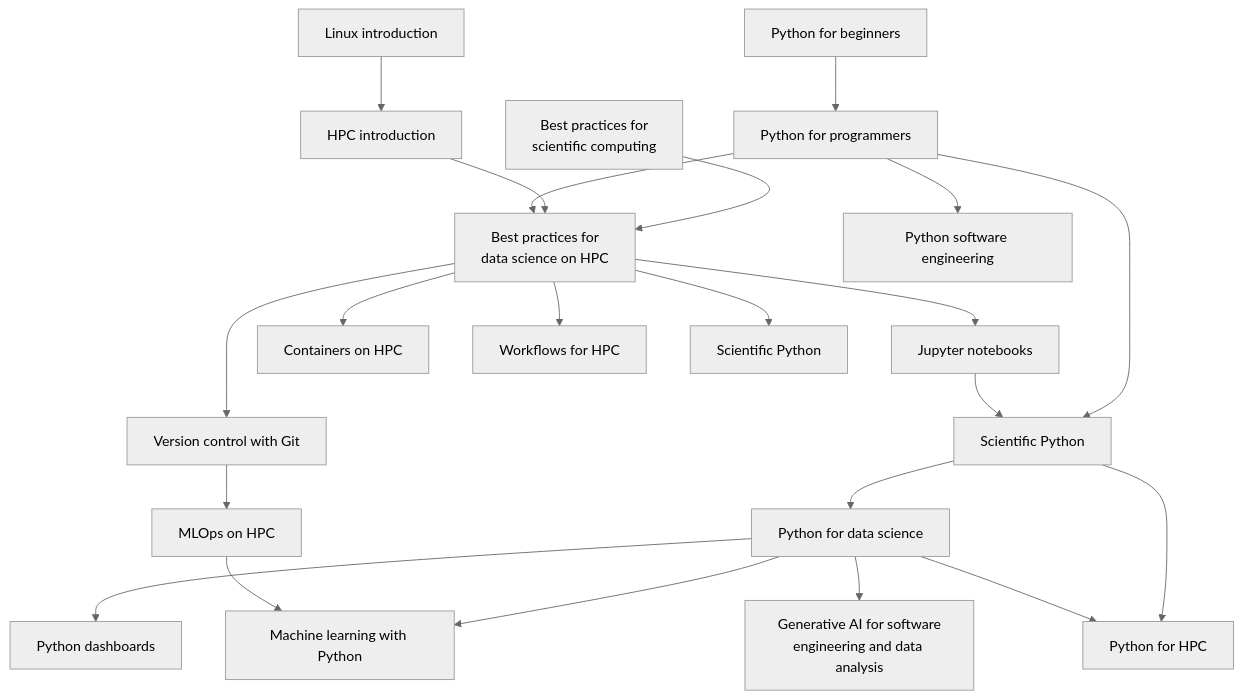
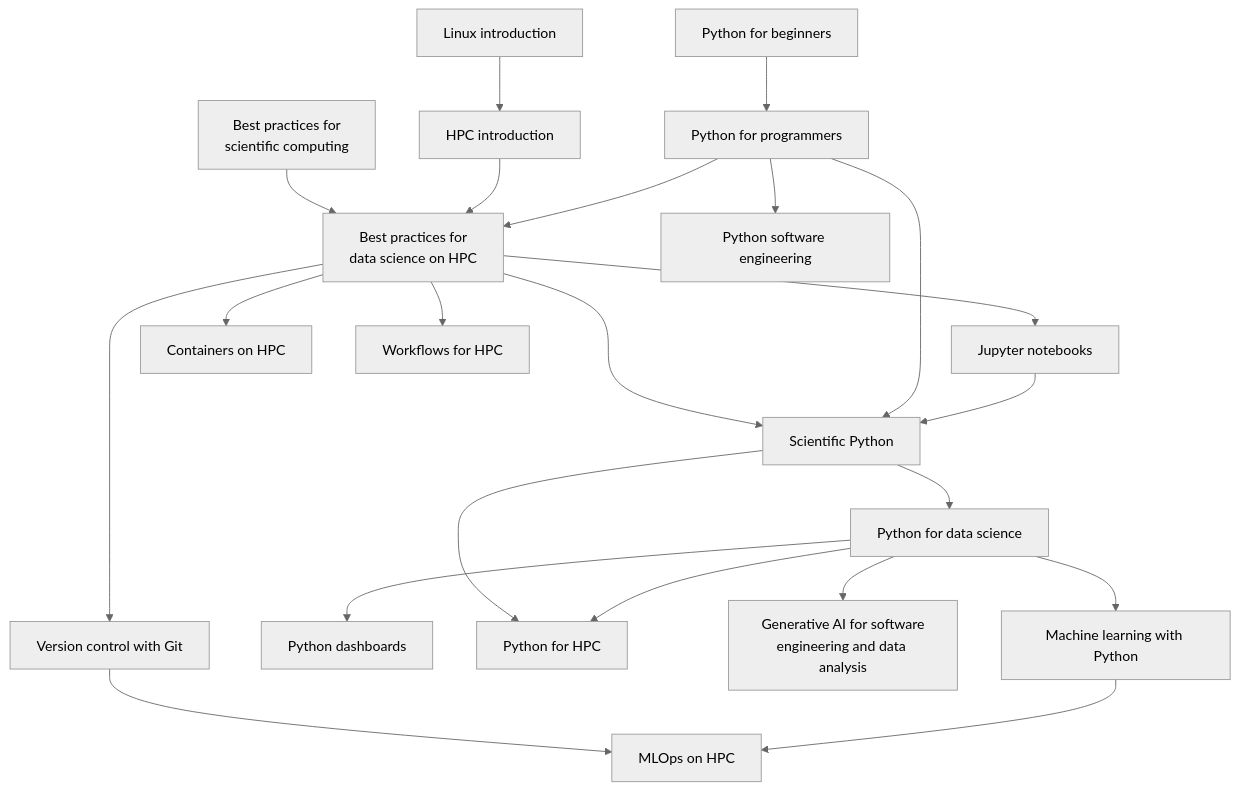
One commit to gjbex/Training-sessions changed the diagram in docs/learning_path_data_science.md. Above: the diagram before and after it, drawn with Mermaid (neutral theme). The commit also changed other lines of this file and 4 other files, not shown here.

````diff
--- a/docs/learning_path_data_science.md
+++ b/docs/learning_path_data_science.md
@@ -6,43 +6,42 @@
 ```mermaid
 graph TD
   Best_practices_for_scientific_computing[Best practices for\nscientific computing] --> Best_practices_for_data_science_on_HPC[Best practices for\ndata science on HPC]
   Linux_intro[Linux introduction] --> HPC_intro[HPC introduction]
   HPC_intro --> Best_practices_for_data_science_on_HPC
   Best_practices_for_data_science_on_HPC --> Version_control_with_git[Version control with Git]
   Version_control_with_git --> MLOps_on_HPC[MLOps on HPC]
   Python_for_beginners[Python for beginners] --> Python_for_programmers[Python for programmers]
   Python_for_programmers --> Best_practices_for_data_science_on_HPC
   Best_practices_for_data_science_on_HPC --> Jupyter_notebooks[Jupyter notebooks]
   Best_practices_for_data_science_on_HPC --> Containers_on_HPC[Containers on HPC]
   Best_practices_for_data_science_on_HPC --> Workflows_for_HPC[Workflows for HPC]
-  Best_practices_for_data_science_on_HPC --> Scientific_python[Scientific Python]
+  Best_practices_for_data_science_on_HPC --> Scientific_Python[Scientific Python]
   Python_for_programmers --> Python_software_engineering[Python software engineering]
   Python_for_programmers --> Scientific_Python[Scientific Python]
   Jupyter_notebooks --> Scientific_Python
   Scientific_Python --> Python_for_data_science[Python for data science]
   Python_for_data_science --> Python_dashboards[Python dashboards]
   Scientific_Python --> Python_for_HPC[Python for HPC]
   Python_for_data_science --> Python_for_HPC
   Python_for_data_science --> Generative_ai_for_software_engineering_and_data_analysis[Generative AI for software\nengineering and data analysis]
   Python_for_data_science --> Machine_learning_with_Python[Machine learning with Python]
-  MLOps_on_HPC --> Machine_learning_with_Python
+  Machine_learning_with_Python --> MLOps_on_HPC
   click Best_practices_for_scientific_computing "https://gjbex.github.io/Best-practices-for-scientific-computing/" "Best practices for scientific computing"
   click Best_practices_for_data_science_on_HPC "https://gjbex.github.io/Best-practices-for-data-science-on-HPC/" "Best practices for data science on HPC"
   click Version_control_with_git "https://gjbex.github.io/Version-control-with-git" "Version control with Git"
   click Linux_intro "https://gjbex.github.io/Training-sessions/linux_intro" "Linux introduction"
   click HPC_intro "https://gjbex.github.io/Training-sessions/hpc_intro" "HPC introduction"
   click Containers_on_HPC "https://gjbex.github.io/Containers-for-HPC/" "Containers on HPC"
   click Workflows_for_HPC "https://gjbex.github.io/Workflows-for-HPC/" "Workflows for HPC"
   click MLOps_on_HPC "https://gjbex.github.io/MLOps-on-HPC/" "MLOps on HPC"
   click Python_for_beginners "https://gjbex.github.io/Python-for-beginners/" "Python for beginners"
   click Python_for_programmers "https://gjbex.github.io/Python-for-programmers/" "Python for programmers"
   click Python_software_engineering "https://gjbex.github.io/Python-software-engineering/" "Python software engineering"
   click Scientific_Python "https://gjbex.github.io/Scientific-Python/" "Scientific Python"
   click Generative_ai_for_software_engineering_and_data_analysis "https://gjbex.github.io/Training-sessions/generative_ai_for_software_engineering_and_data_analysis" "Generative AI for software engineering and data analysis"
-  click Machine_learning_with_Python "https://gjbex.github.io/Training-sessions/machine_learning_with_python" "Machine learning with Python"
-  click MLOps_on_HPC "https://gjbex.github.io/Training-sessions/mlops_on_hpc" "MLOps on HPC"
+  click Machine_learning_with_Python "https://gjbex.github.io/Machine-learning-with-Python/" "Machine learning with Python"
   click Python_dashboards "https://gjbex.github.io/Python-dashboards/" "Python dashboards"
   click Jupyter_notebooks "https://gjbex.github.io/Jupyter-notebooks/" "Jupyter notebooks"
   click Python_for_HPC "https://gjbex.github.io/Python-for-HPC/" "Python for HPC"
   click Python_for_data_science "https://gjbex.github.io/Python-for-data-science/" "Python for data science"
 ```
````
